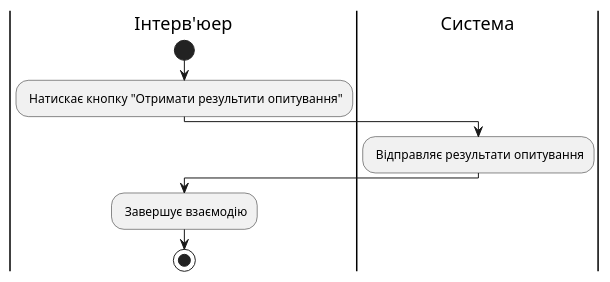
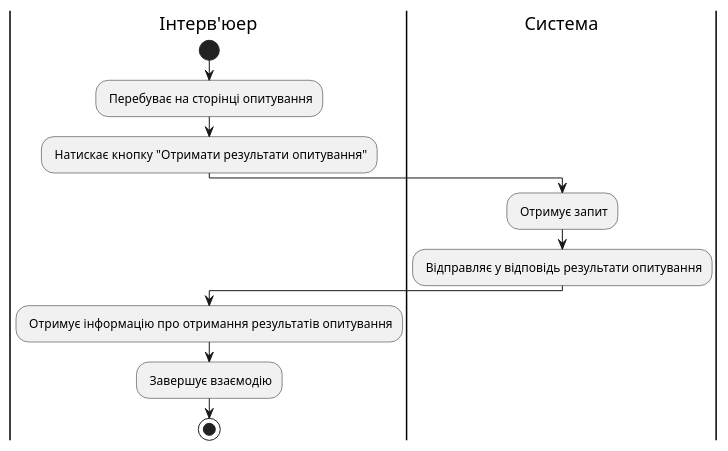
The tenth of 22 diagrams in docs/use cases/README.md (michigang1/ImForms), drawn with PlantUML before and after one commit. The commit also changed other lines of this file, not shown here.

Commit message:
Added some changes in diagrams of scenarios

```diff
--- a/docs/use cases/README.md
+++ b/docs/use cases/README.md
@@ -367,13 +436,16 @@
 @startuml
 
 |Інтерв'юер|
 start
-: Натискає кнопку "Отримати результити опитування";
+: Перебуває на сторінці опитування;
+: Натискає кнопку "Отримати результати опитування";
 
 |Система|
-: Відправляє результати опитування;
+: Отримує запит;
+: Відправляє у відповідь результати опитування;
 
 |Інтерв'юер|
+: Отримує інформацію про отримання результатів опитування;
 : Завершує взаємодію;
 stop;
 @enduml
```
